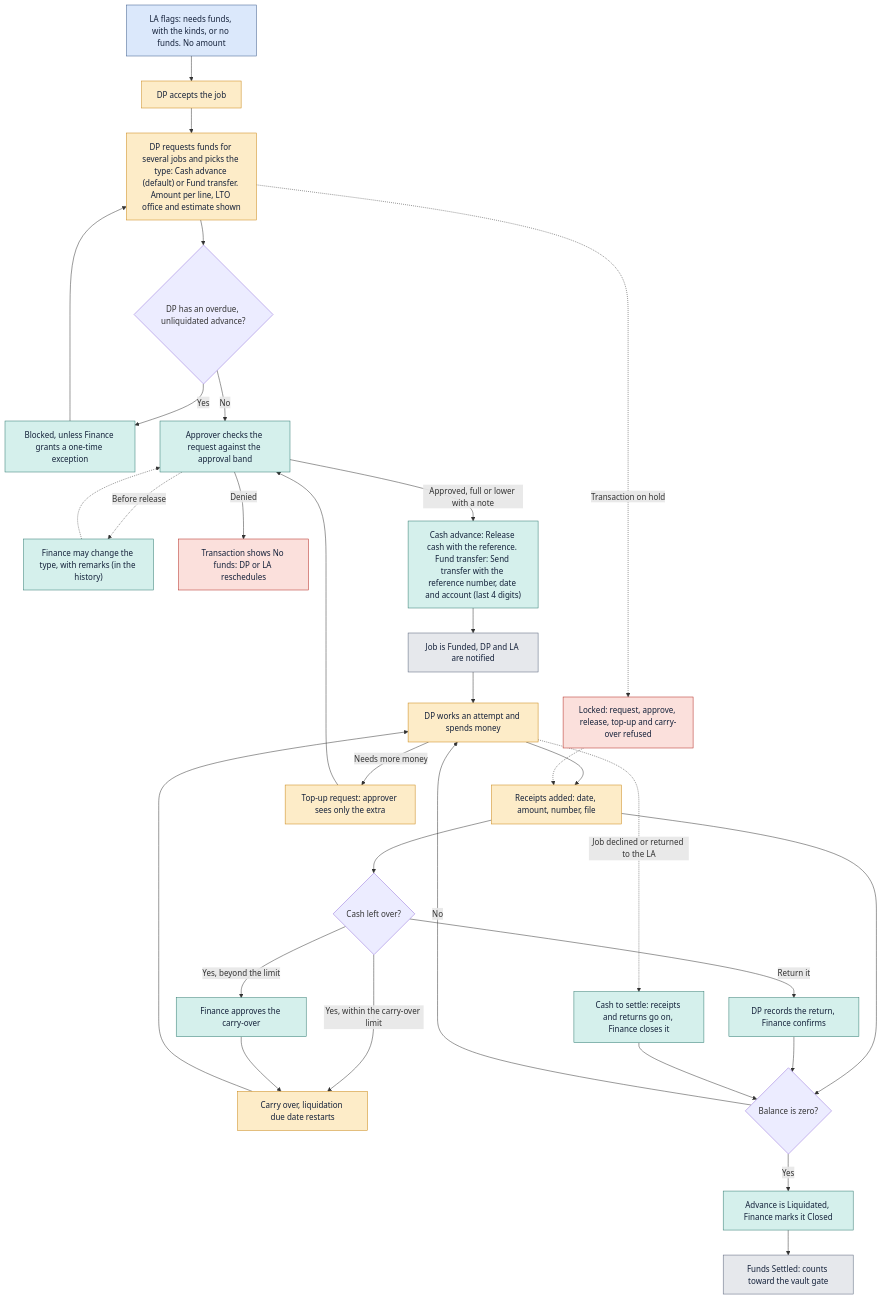
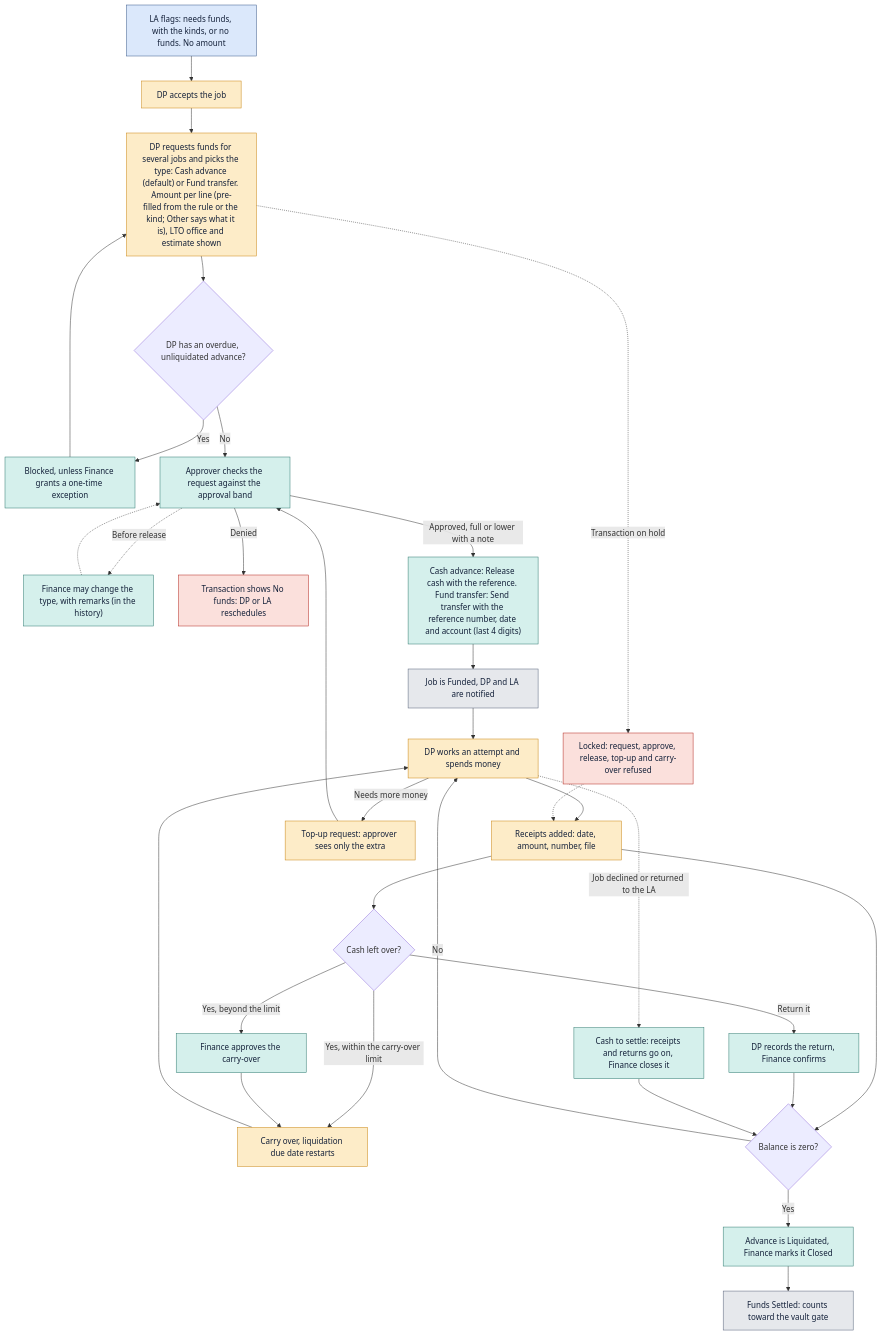
The diagram in docs/workflow/05-funds.md (MewinDev/gdfi-dms), drawn with Mermaid before and after one commit. The commit also changed other lines of this file and 123 other files, not shown here.

````diff
--- a/docs/workflow/05-funds.md
+++ b/docs/workflow/05-funds.md
@@ -9,39 +9,39 @@
 ```mermaid
 flowchart TD
   A["LA flags: needs funds, with the kinds, or no funds. No amount"]:::la
   A --> B["DP accepts the job"]:::dp
-  B --> C["DP requests funds for several jobs and picks the type: Cash advance (default) or Fund transfer. Amount per line, LTO office and estimate shown"]:::dp
+  B --> C["DP requests funds for several jobs and picks the type: Cash advance (default) or Fund transfer. Amount per line (pre-filled from the rule or the kind; Other says what it is), LTO office and estimate shown"]:::dp
   C --> D{"DP has an overdue, unliquidated advance?"}
   D -->|Yes| D1["Blocked, unless Finance grants a one-time exception"]:::fin
   D1 --> C
   D -->|No| E["Approver checks the request against the approval band"]:::fin
   E -.->|"Before release"| T["Finance may change the type, with remarks (in the history)"]:::fin
   T -.-> E
   E -->|Denied| E1["Transaction shows No funds: DP or LA reschedules"]:::prob
   E -->|"Approved, full or lower with a note"| F["Cash advance: Release cash with the reference. Fund transfer: Send transfer with the reference number, date and account (last 4 digits)"]:::fin
   F --> G["Job is Funded, DP and LA are notified"]:::sys
   G --> H["DP works an attempt and spends money"]:::dp
   H --> I["Receipts added: date, amount, number, file"]:::dp
   I --> J{"Cash left over?"}
   J -->|"Yes, within the carry-over limit"| K["Carry over, liquidation due date restarts"]:::dp
   J -->|"Yes, beyond the limit"| K2["Finance approves the carry-over"]:::fin
   K2 --> K
   J -->|"Return it"| M["DP records the return, Finance confirms"]:::fin
   K --> H
   H -->|"Needs more money"| N["Top-up request: approver sees only the extra"]:::dp
   N --> E
   I --> O{"Balance is zero?"}
   O -->|No| H
   O -->|Yes| P["Advance is Liquidated, Finance marks it Closed"]:::fin
   M --> O
   P --> Q["Funds Settled: counts toward the vault gate"]:::sys
   C -.->|"Transaction on hold"| L["Locked: request, approve, release, top-up and carry-over refused"]:::prob
   L -.-> I
   H -.->|"Job declined or returned to the LA"| S["Cash to settle: receipts and returns go on, Finance closes it"]:::fin
   S --> O
   classDef la fill:#dbe8fb,stroke:#3b5a8a,color:#14213a
   classDef dp fill:#fdecc8,stroke:#c98512,color:#14213a
   classDef fin fill:#d5f0ec,stroke:#2f7a70,color:#14213a
   classDef prob fill:#fbe0dc,stroke:#b3261e,color:#14213a
   classDef sys fill:#e6e8ec,stroke:#56627a,color:#14213a
 ```
````
